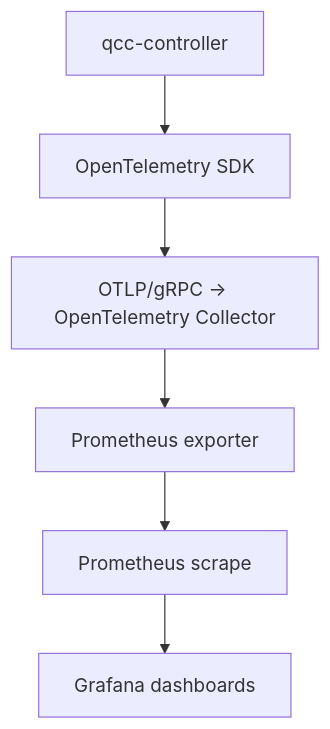
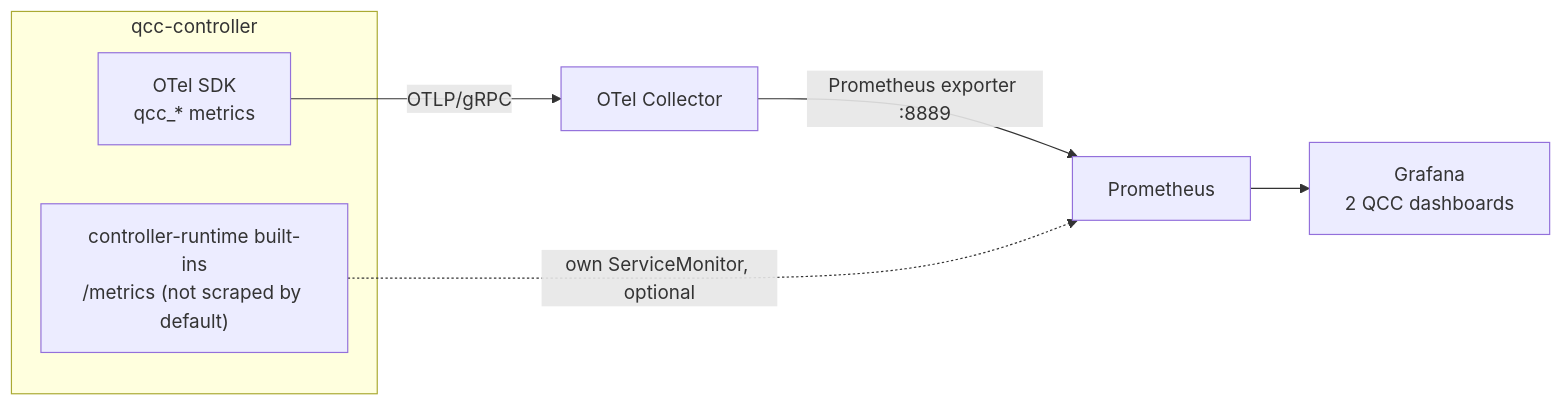
The diagram in docs/observability.md (ioaiaaii/quantum-circuit-controller), drawn with Mermaid before and after one commit. The commit also changed other lines of this file and 44 other files, not shown here.

````diff
--- a/docs/observability.md
+++ b/docs/observability.md
@@ -105,8 +28,11 @@
 ```mermaid
-flowchart TB
-    Controller["qcc-controller"] --> SDK["OpenTelemetry SDK"]
-    SDK --> Collector["OTLP/gRPC -> OpenTelemetry Collector"]
-    Collector --> Exporter["Prometheus exporter"]
-    Exporter --> Prom["Prometheus scrape"]
-    Prom --> Graf["Grafana dashboards"]
+flowchart LR
+    subgraph controller["qcc-controller"]
+        SDK["OTel SDK<br/>qcc_* metrics"]
+        BI["controller-runtime built-ins<br/>/metrics (not scraped by default)"]
+    end
+    SDK -->|OTLP/gRPC| Col["OTel Collector"]
+    Col -->|Prometheus exporter :8889| Prom["Prometheus"]
+    BI -.->|own ServiceMonitor, optional| Prom
+    Prom --> Graf["Grafana<br/>2 QCC dashboards"]
 ```
````
